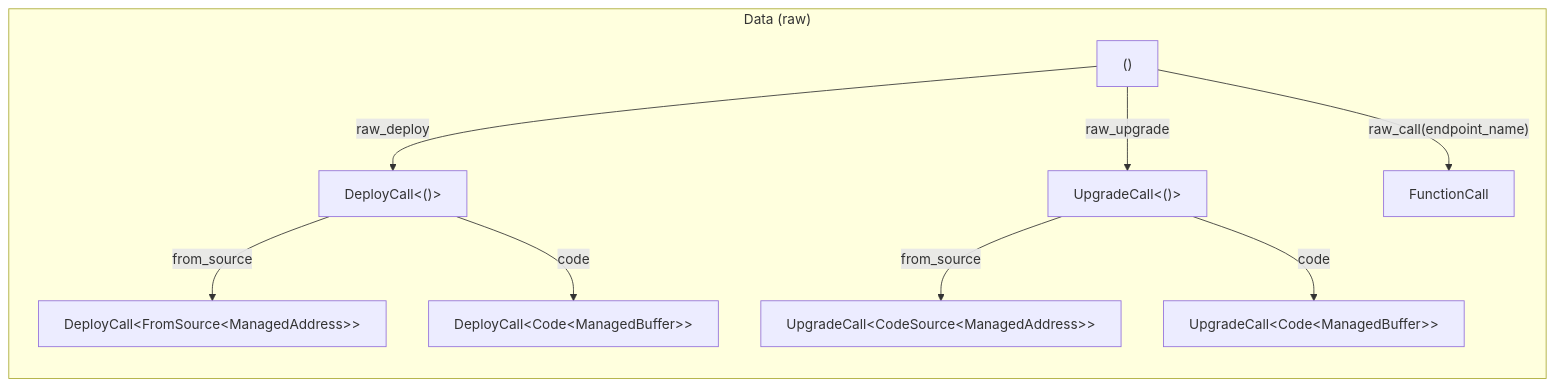
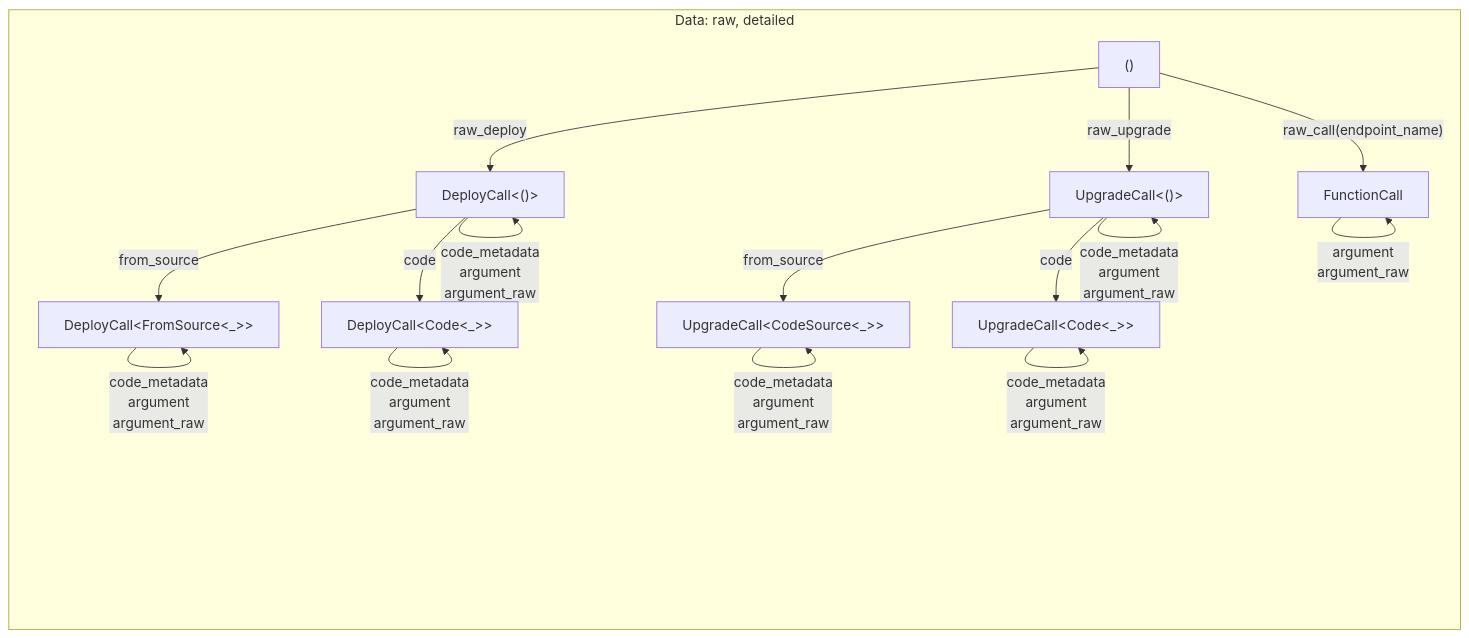
Before and after one commit to multiversx/mx-docs: the second of 2 diagrams in docs/developers/transactions/tx-data.md, drawn with Mermaid. The commit also changed other lines of this file, not shown here.

Commit message:
unified syntax - tx data reorg

````diff
--- a/docs/developers/transactions/tx-data.md
+++ b/docs/developers/transactions/tx-data.md
@@ -51,14 +52,22 @@
 ```mermaid
 graph LR
-    subgraph "Data (raw)"
+    subgraph "Data: raw, detailed"
         data-unit["()"]
         deploy["DeployCall&lt;()&gt;"]
         data-unit -->|raw_deploy| deploy
-        deploy -->|from_source| deploy-src["DeployCall&lt;FromSource&lt;ManagedAddress&gt;&gt;"]
-        deploy -->|code| deploy-code["DeployCall&lt;Code&lt;ManagedBuffer&gt;&gt;"]
+        deploy -->|from_source| deploy-src["DeployCall&lt;FromSource&lt;_&gt;&gt;"]
+        deploy -->|code| deploy-code["DeployCall&lt;Code&lt;_&gt;&gt;"]
         data-unit -->|raw_upgrade| upgrade["UpgradeCall<()>"]
-        upgrade -->|from_source| upgrade-src["UpgradeCall&lt;CodeSource&lt;ManagedAddress&gt;&gt;"]
-        upgrade -->|code| upgrade-code["UpgradeCall&lt;Code&lt;ManagedBuffer&gt;&gt;"]
+        upgrade -->|from_source| upgrade-src["UpgradeCall&lt;CodeSource&lt;_&gt;&gt;"]
+        upgrade -->|code| upgrade-code["UpgradeCall&lt;Code&lt;_&gt;&gt;"]
         data-unit -->|"raw_call(endpoint_name)"| fc[FunctionCall]
+
+        deploy -->|"code_metadata<br />argument<br />argument_raw"| deploy
+        deploy-code -->|"code_metadata<br />argument<br />argument_raw"| deploy-code
+        deploy-src -->|"code_metadata<br />argument<br />argument_raw"| deploy-src
+        upgrade -->|"code_metadata<br />argument<br />argument_raw"| upgrade
+        upgrade-code -->|"code_metadata<br />argument<br />argument_raw"| upgrade-code
+        upgrade-src -->|"code_metadata<br />argument<br />argument_raw"| upgrade-src
+        fc -->|"argument<br />argument_raw"| fc
     end
 ```
````
